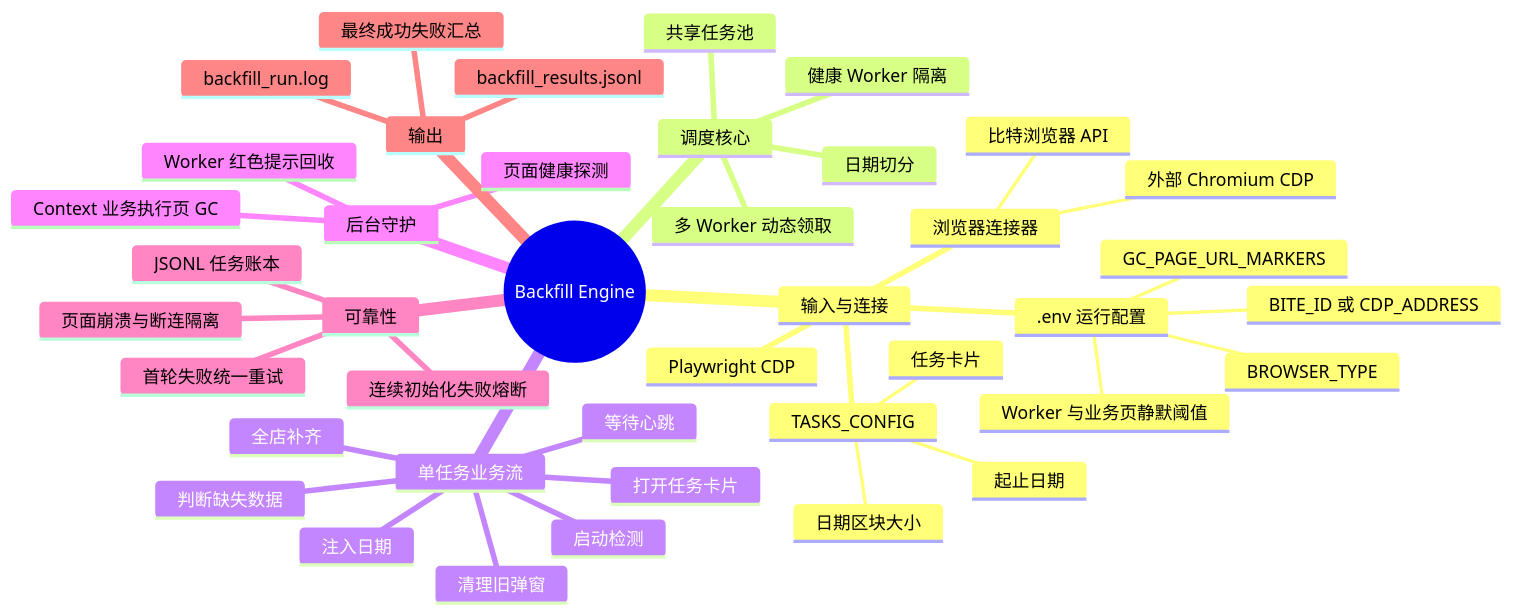
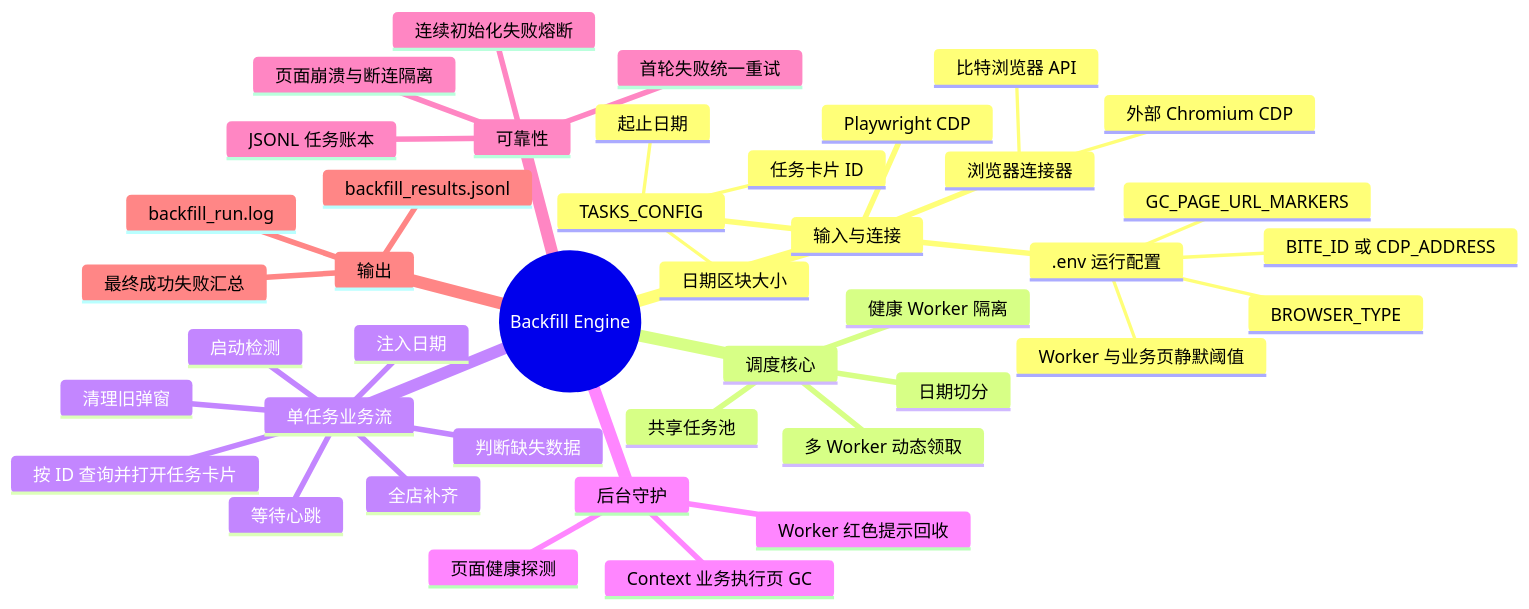
The first of 15 diagrams in ARCHITECTURE.md (liao084/BitBrowser-Backfill-Engine), drawn with Mermaid before and after one commit. The commit also changed other lines of this file and 14 other files, not shown here.

````diff
--- a/ARCHITECTURE.md
+++ b/ARCHITECTURE.md
@@ -14,44 +14,44 @@
 ```mermaid
 mindmap
   root((Backfill Engine))
     输入与连接
       .env 运行配置
         BROWSER_TYPE
         BITE_ID 或 CDP_ADDRESS
         GC_PAGE_URL_MARKERS
         Worker 与业务页静默阈值
       TASKS_CONFIG
-        任务卡片
+        任务卡片 ID
         起止日期
         日期区块大小
       浏览器连接器
         比特浏览器 API
         外部 Chromium CDP
       Playwright CDP
     调度核心
       日期切分
       共享任务池
       多 Worker 动态领取
       健康 Worker 隔离
     单任务业务流
       清理旧弹窗
-      打开任务卡片
+      按 ID 查询并打开任务卡片
       注入日期
       启动检测
       判断缺失数据
       全店补齐
       等待心跳
     后台守护
       Worker 红色提示回收
       Context 业务执行页 GC
       页面健康探测
     可靠性
       JSONL 任务账本
       首轮失败统一重试
       连续初始化失败熔断
       页面崩溃与断连隔离
     输出
       backfill_run.log
       backfill_results.jsonl
       最终成功失败汇总
 ```
````
